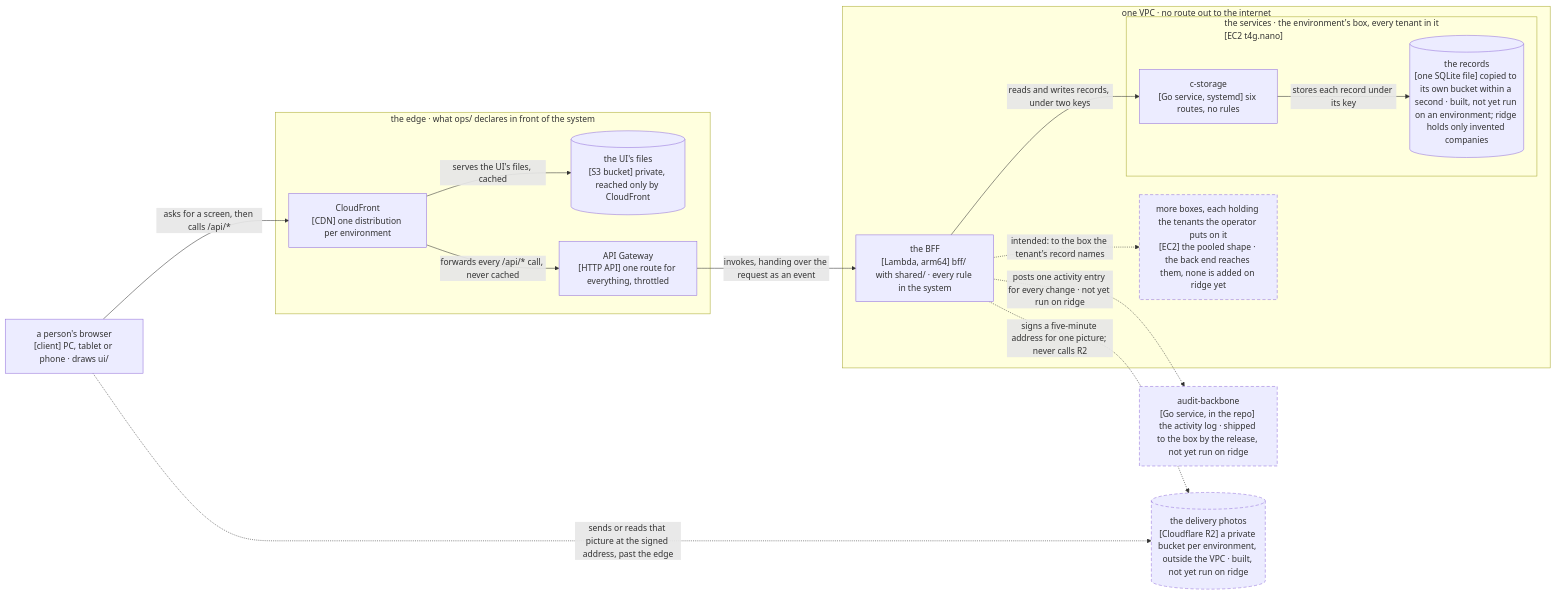
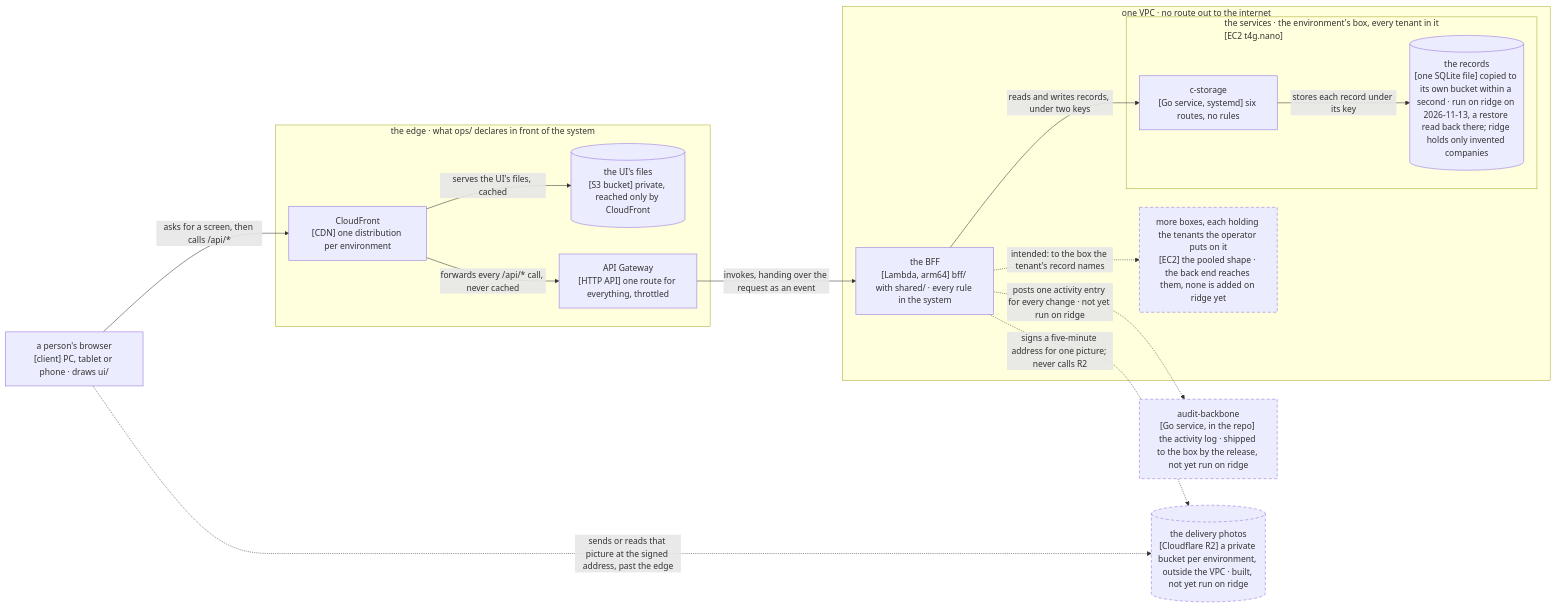
One commit to ancJ29/credo changed the diagram in docs/architecture.md. Above: the diagram before and after it, drawn with Mermaid. The commit also changed 3 other files, not shown here.

````diff
--- a/docs/architecture.md
+++ b/docs/architecture.md
@@ -20,31 +20,31 @@
 ```mermaid
 flowchart LR
   browser["a person's browser<br/>[client] PC, tablet or phone · draws ui/"]
   subgraph edge["the edge · what ops/ declares in front of the system"]
     cdn["CloudFront<br/>[CDN] one distribution per environment"]
     s3[("the UI's files<br/>[S3 bucket] private, reached only by CloudFront")]
     api["API Gateway<br/>[HTTP API] one route for everything, throttled"]
   end
   subgraph vpc["one VPC · no route out to the internet"]
     bff["the BFF<br/>[Lambda, arm64] bff/ with shared/ · every rule in the system"]
     subgraph box["the services · the environment's box, every tenant in it<br/>[EC2 t4g.nano]"]
       cs["c-storage<br/>[Go service, systemd] six routes, no rules"]
-      db[("the records<br/>[one SQLite file] copied to its own bucket within a second · built, not yet run on an environment; ridge holds only invented companies")]
+      db[("the records<br/>[one SQLite file] copied to its own bucket within a second · run on ridge on 2026-11-13, a restore read back there; ridge holds only invented companies")]
     end
     more["more boxes, each holding the tenants the operator puts on it<br/>[EC2] the pooled shape · the back end reaches them, none is added on ridge yet"]
   end
   ab["audit-backbone<br/>[Go service, in the repo] the activity log · shipped to the box by the release, not yet run on ridge"]
   r2[("the delivery photos<br/>[Cloudflare R2] a private bucket per environment, outside the VPC · built, not yet run on ridge")]
   browser -- "asks for a screen, then calls /api/*" --> cdn
   cdn -- "serves the UI's files, cached" --> s3
   cdn -- "forwards every /api/* call, never cached" --> api
   api -- "invokes, handing over the request as an event" --> bff
   bff -- "reads and writes records, under two keys" --> cs
   cs -- "stores each record under its key" --> db
   bff -. "posts one activity entry for every change · not yet run on ridge" .-> ab
   bff -. "intended: to the box the tenant's record names" .-> more
   bff -. "signs a five-minute address for one picture; never calls R2" .-> r2
   browser -. "sends or reads that picture at the signed address, past the edge" .-> r2
   classDef intended stroke-dasharray: 6 4
   class ab,more,r2 intended
 ```
````
